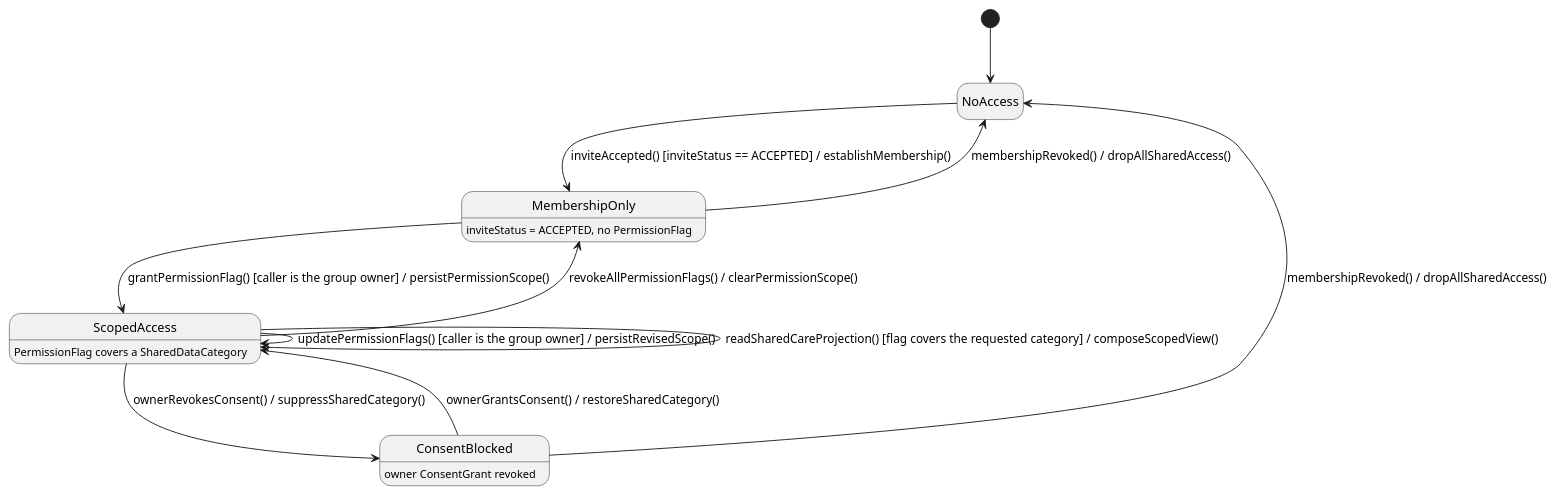
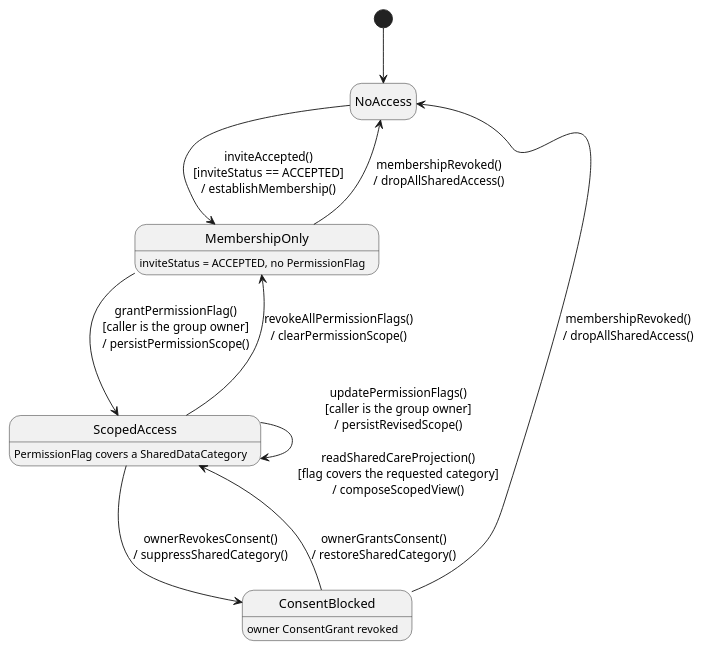
The third of 3 diagrams in 03_Design/Detailed_Design/MF08_Family_Sync_Cooperative_Care/02_Family_Permissions_and_Shared_Care_Monitoring.md (ChuongBDHE172784/CareBridge_SEP490_G79), drawn with PlantUML before and after one commit. The commit also changed 61 other files, not shown here.

Commit message:
docs: update detailed design documentation and state chart diagrams across all feature modules

````diff
--- a/03_Design/Detailed_Design/MF08_Family_Sync_Cooperative_Care/02_Family_Permissions_and_Shared_Care_Monitoring.md
+++ b/03_Design/Detailed_Design/MF08_Family_Sync_Cooperative_Care/02_Family_Permissions_and_Shared_Care_Monitoring.md
@@ -231,20 +231,19 @@
 ```plantuml
 @startuml StateChartDiagram_02FamilyPermissionsandSharedCareMonitoring
 hide empty description
 [*] --> NoAccess
 
-NoAccess --> MembershipOnly : inviteAccepted() [inviteStatus == ACCEPTED] / establishMembership()
-MembershipOnly --> NoAccess : membershipRevoked() / dropAllSharedAccess()
-MembershipOnly --> ScopedAccess : grantPermissionFlag() [caller is the group owner] / persistPermissionScope()
-ScopedAccess --> MembershipOnly : revokeAllPermissionFlags() / clearPermissionScope()
-ScopedAccess --> ScopedAccess : updatePermissionFlags() [caller is the group owner] / persistRevisedScope()
-ScopedAccess --> ConsentBlocked : ownerRevokesConsent() / suppressSharedCategory()
-ConsentBlocked --> ScopedAccess : ownerGrantsConsent() / restoreSharedCategory()
-ScopedAccess --> ScopedAccess : readSharedCareProjection() [flag covers the requested category] / composeScopedView()
-ConsentBlocked --> NoAccess : membershipRevoked() / dropAllSharedAccess()
+NoAccess --> MembershipOnly : inviteAccepted()\n[inviteStatus == ACCEPTED]\n/ establishMembership()
+MembershipOnly --> NoAccess : membershipRevoked()\n/ dropAllSharedAccess()
+MembershipOnly --> ScopedAccess : grantPermissionFlag()\n[caller is the group owner]\n/ persistPermissionScope()
+ScopedAccess --> MembershipOnly : revokeAllPermissionFlags()\n/ clearPermissionScope()
+ScopedAccess --> ScopedAccess : updatePermissionFlags()\n[caller is the group owner]\n/ persistRevisedScope()\n\nreadSharedCareProjection()\n[flag covers the requested category]\n/ composeScopedView()
+ScopedAccess --> ConsentBlocked : ownerRevokesConsent()\n/ suppressSharedCategory()
+ConsentBlocked --> ScopedAccess : ownerGrantsConsent()\n/ restoreSharedCategory()
+ConsentBlocked --> NoAccess : membershipRevoked()\n/ dropAllSharedAccess()
 
 MembershipOnly : inviteStatus = ACCEPTED, no PermissionFlag
 ScopedAccess : PermissionFlag covers a SharedDataCategory
 ConsentBlocked : owner ConsentGrant revoked
 @enduml
 ```
````
